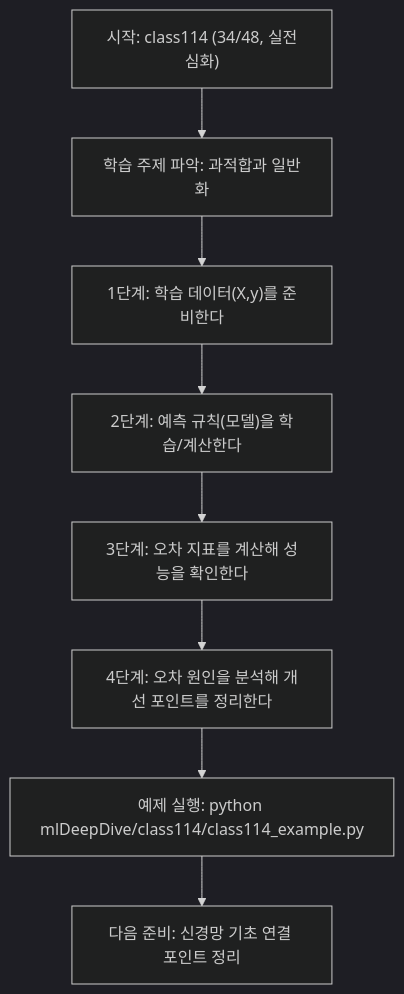
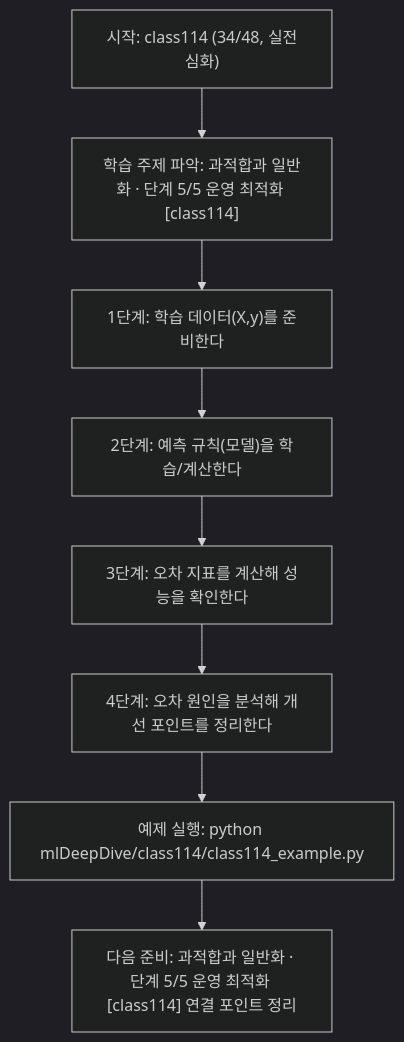
The diagram in mlDeepDive/class114/class114.md (edumgt/Python-AI_Agent-Class), drawn with Mermaid (dark theme) before and after one commit. The commit also changed other lines of this file and 522 other files, not shown here.

````diff
--- a/mlDeepDive/class114/class114.md
+++ b/mlDeepDive/class114/class114.md
@@ -108,18 +109,18 @@
 ```mermaid
 flowchart TD
 N1["시작: class114 (34/48, 실전심화)"]
-N2["학습 주제 파악: 과적합과 일반화"]
+N2["학습 주제 파악: 과적합과 일반화 · 단계 5/5 운영 최적화 [class114]"]
 N3["1단계: 학습 데이터(X,y)를 준비한다"]
 N4["2단계: 예측 규칙(모델)을 학습/계산한다"]
 N5["3단계: 오차 지표를 계산해 성능을 확인한다"]
 N6["4단계: 오차 원인을 분석해 개선 포인트를 정리한다"]
 N7["예제 실행: python mlDeepDive/class114/class114_example.py"]
-N8["다음 준비: 신경망 기초 연결 포인트 정리"]
+N8["다음 준비: 과적합과 일반화 · 단계 5/5 운영 최적화 [class114] 연결 포인트 정리"]
 N1 --> N2
 N2 --> N3
 N3 --> N4
 N4 --> N5
 N5 --> N6
 N6 --> N7
 N7 --> N8
 ```
````
